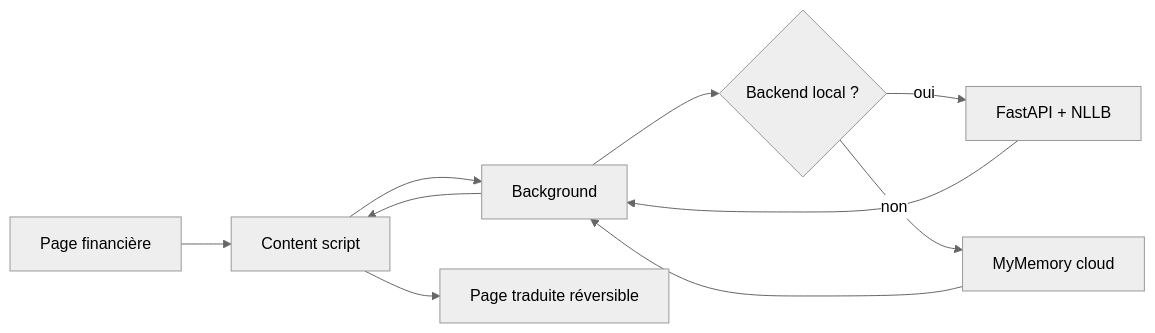
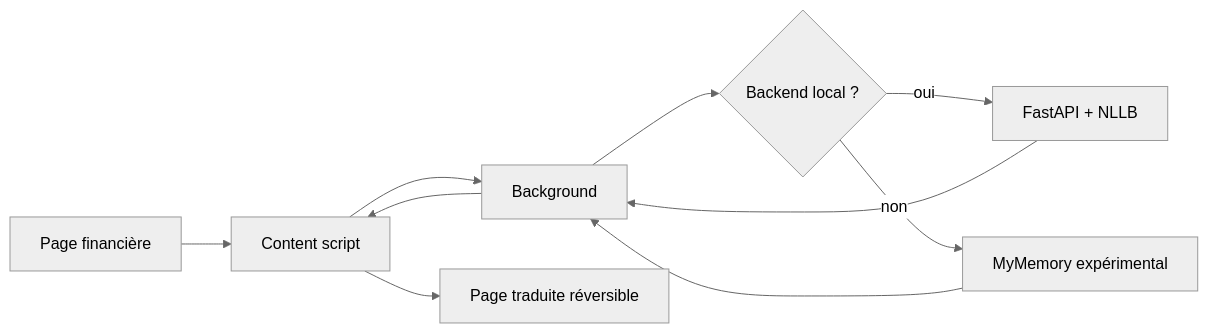
The diagram in README.md (TSEFACKDEV/safinum-nkaplingua), drawn with Mermaid (neutral theme) before and after one commit. The commit also changed other lines of this file and 17 other files, not shown here.

````diff
--- a/README.md
+++ b/README.md
@@ -173,12 +174,12 @@
 ```mermaid
 flowchart LR
     A[Page financière] --> B[Content script]
     B --> C[Background]
     C --> D{Backend local ?}
     D -->|oui| E[FastAPI + NLLB]
-    D -->|non| F[MyMemory cloud]
+    D -->|non| F[MyMemory expérimental]
     E --> C
     F --> C
     C --> B
     B --> G[Page traduite réversible]
 ```
````
